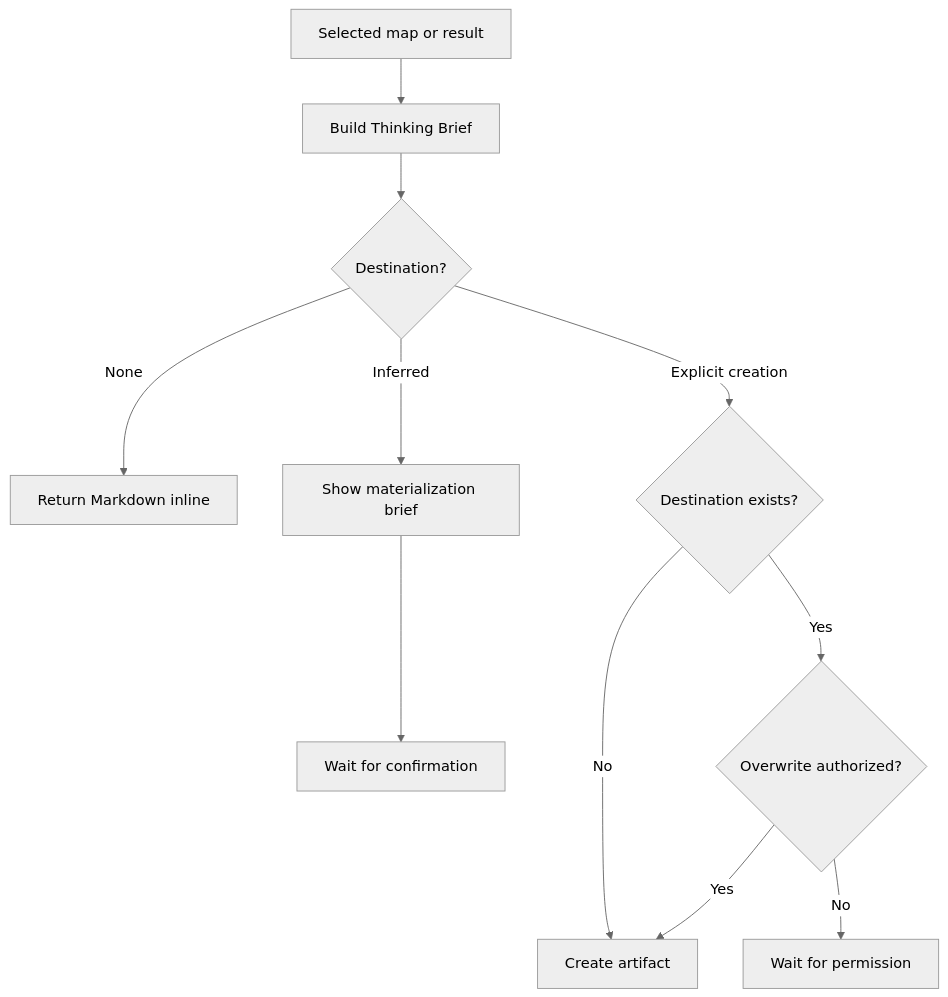
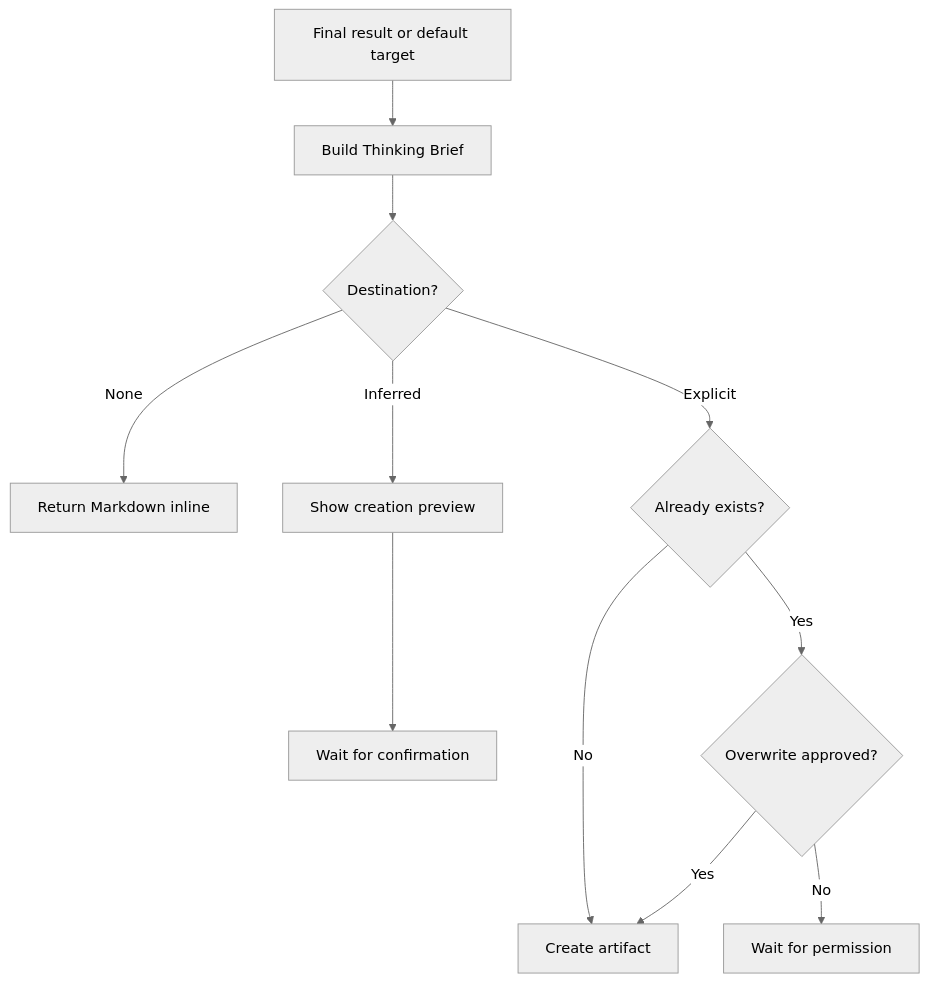
The diagram in plugins/think-it-through/skills/think-to-brief/SKILL.md (control-decks/think-it-through), drawn with Mermaid (neutral theme) before and after one commit. The commit also changed other lines of this file and 18 other files, not shown here.

````diff
--- a/plugins/think-it-through/skills/think-to-brief/SKILL.md
+++ b/plugins/think-it-through/skills/think-to-brief/SKILL.md
@@ -20,13 +19,13 @@
 ```mermaid
 flowchart TD
-    A["Selected map or result"] --> B["Build Thinking Brief"]
+    A["Final result or default target"] --> B["Build Thinking Brief"]
     B --> C{"Destination?"}
     C -->|None| D["Return Markdown inline"]
-    C -->|Inferred| E["Show materialization brief"]
+    C -->|Inferred| E["Show creation preview"]
     E --> F["Wait for confirmation"]
-    C -->|Explicit creation| G{"Destination exists?"}
+    C -->|Explicit| G{"Already exists?"}
     G -->|No| H["Create artifact"]
-    G -->|Yes| I{"Overwrite authorized?"}
+    G -->|Yes| I{"Overwrite approved?"}
     I -->|Yes| H
     I -->|No| J["Wait for permission"]
 ```
````
